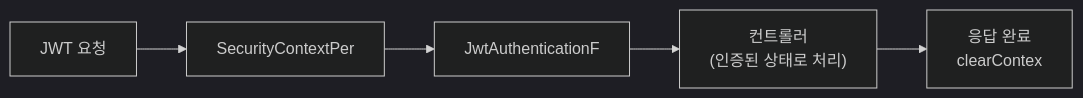
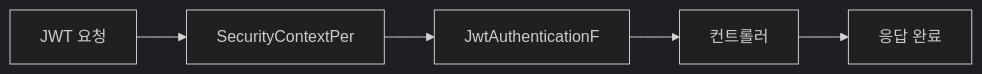
Before and after one commit to yjkim2015/yjkim2015.github.io: the fifth of 5 diagrams in _posts/security/2021-05-26-SecurityContextPersistentFilter.md, drawn with Mermaid (dark theme). The commit also changed other lines of this file and 217 other files, not shown here.

First line of the commit message:
Mermaid 크기 수정: useMaxWidth:true + SVG max-width:100% + 라벨 축소

````diff
--- a/_posts/security/2021-05-26-SecurityContextPersistentFilter.md
+++ b/_posts/security/2021-05-26-SecurityContextPersistentFilter.md
@@ -132,7 +132,7 @@
 ```mermaid
 flowchart LR
     A["JWT 요청"] --> B["SecurityContextPer"]
     B --> C["JwtAuthenticationF"]
-    C --> D["컨트롤러\n(인증된 상태로 처리)"]
-    D --> E["응답 완료\nclearContex"]
+    C --> D["컨트롤러"]
+    D --> E["응답 완료"]
 ```
````
